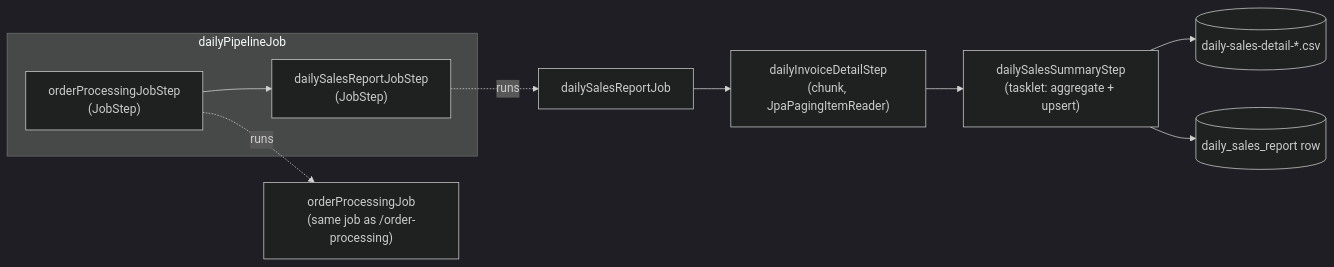
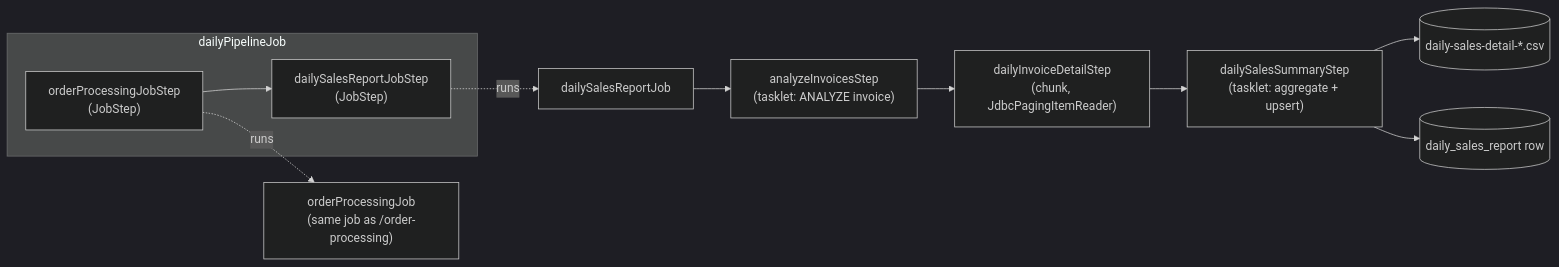
One commit to HuseyinYatar/demo-spring-batch changed the second of 3 diagrams in README.md. Above: the diagram before and after it, drawn with Mermaid (dark theme). The commit also changed other lines of this file and 1 other file, not shown here.

Commit message:
feat: update dailyPipelineJob to include analyzeInvoicesStep and optimize detail reader for improved performance

````diff
--- a/README.md
+++ b/README.md
@@ -107,12 +107,13 @@
 ```mermaid
 flowchart LR
     subgraph Pipeline["dailyPipelineJob"]
         S1["orderProcessingJobStep\n(JobStep)"] --> S2["dailySalesReportJobStep\n(JobStep)"]
     end
     S1 -. runs .-> J1["orderProcessingJob\n(same job as /order-processing)"]
     S2 -. runs .-> J2["dailySalesReportJob"]
-    J2 --> D1["dailyInvoiceDetailStep\n(chunk, JpaPagingItemReader)"]
+    J2 --> A0["analyzeInvoicesStep\n(tasklet: ANALYZE invoice)"]
+    A0 --> D1["dailyInvoiceDetailStep\n(chunk, JdbcPagingItemReader)"]
     D1 --> D2["dailySalesSummaryStep\n(tasklet: aggregate + upsert)"]
     D2 --> OUT1[("daily-sales-detail-*.csv")]
     D2 --> OUT2[("daily_sales_report row")]
 ```
````
